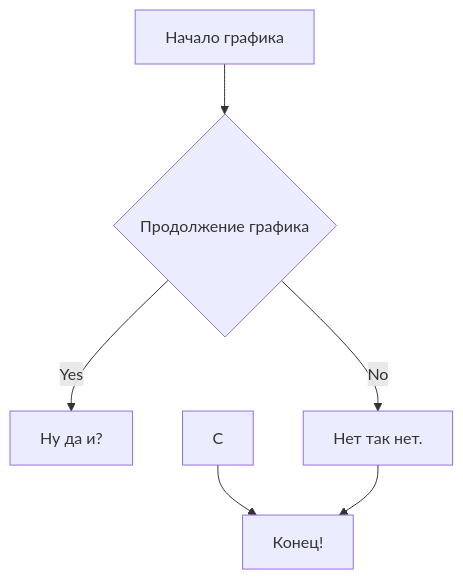
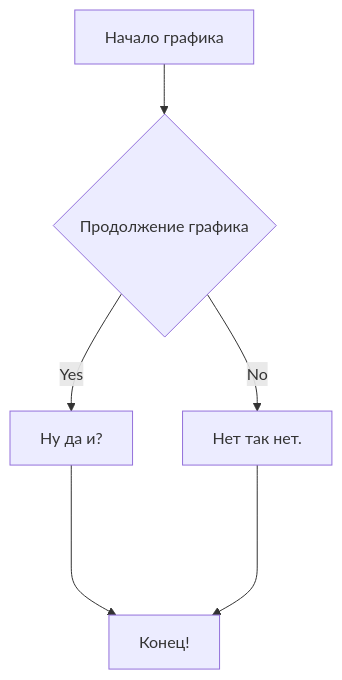
Before and after one commit to ChinaNya/ChinaNya: the diagram in README.md, drawn with Mermaid.

````diff
--- a/README.md
+++ b/README.md
@@ -1,8 +1,8 @@
 ```mermaid
 flowchart TD
   A[Начало графика] --> B{Продолжение графика};
   B -- Yes --> C[Ну да и?];
   B -- No --> D[Нет так нет.];
-  С --> E[Конец!];
-  D --> E[Конец!];
+  C ----> E[Конец!];
+  D ----> E[Конец!];
 ```
````
